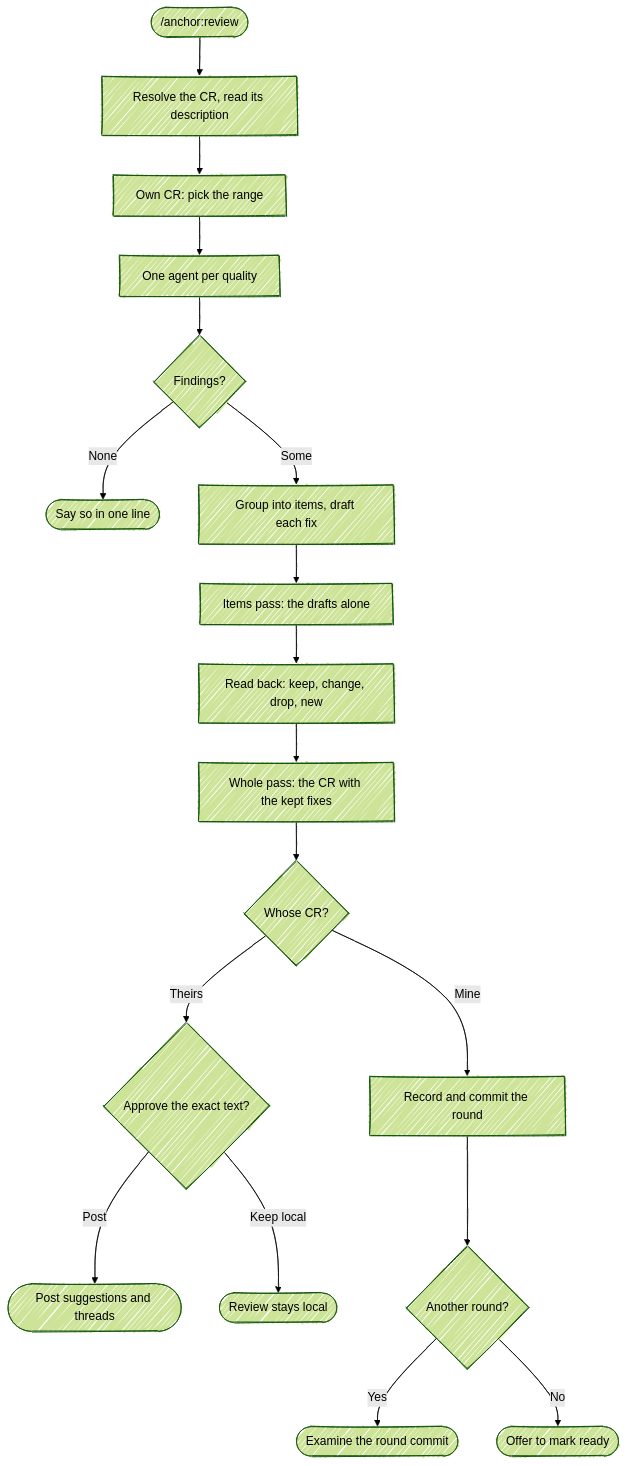
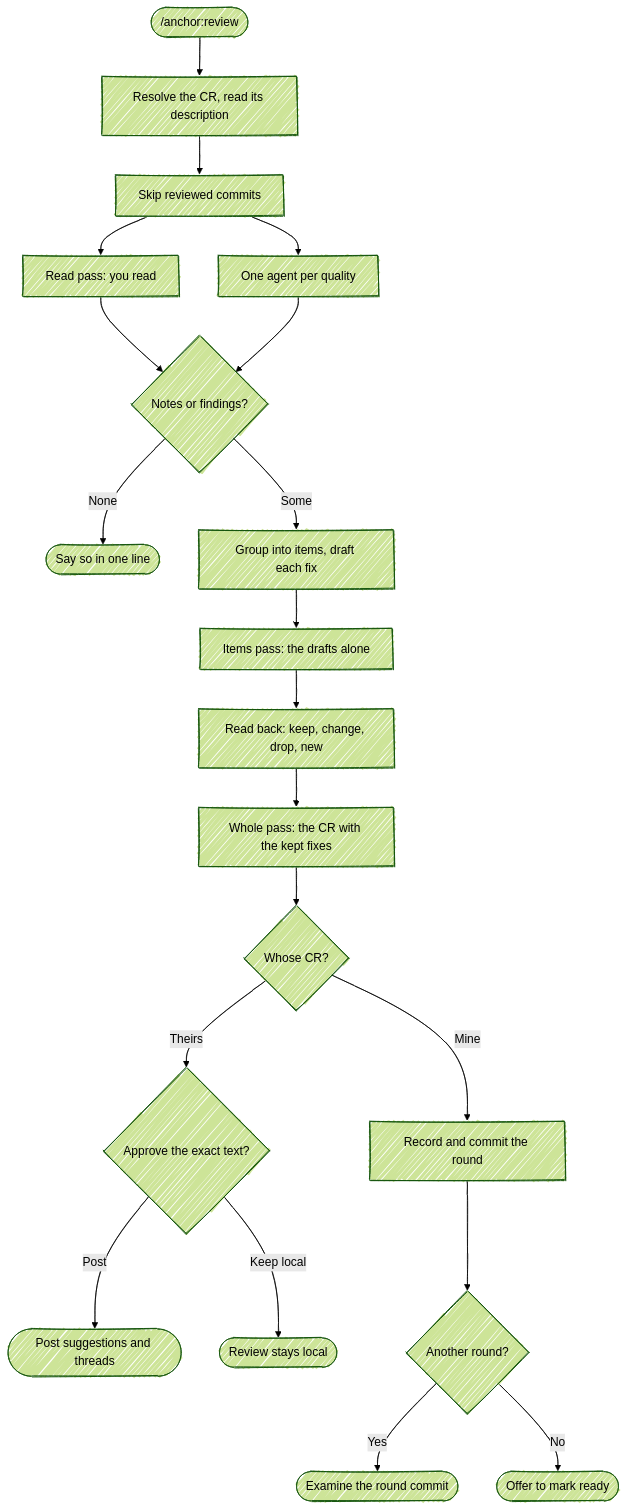
Before and after one commit to chris-peterson/anchor: the diagram in skills/review/SKILL.md, drawn with Mermaid (forest theme). The commit also changed other lines of this file and 16 other files, not shown here.

````diff
--- a/skills/review/SKILL.md
+++ b/skills/review/SKILL.md
@@ -55,21 +63,23 @@
 ```mermaid
 %%{ init: { 'look': 'handDrawn' } }%%
 flowchart TD
     Start(["/anchor:review"]) --> Fetch["Resolve the CR, read its description"]
-    Fetch --> Range["Own CR: pick the range"]
+    Fetch --> Range["Skip reviewed commits"]
+    Range --> ReadPass["Read pass: you read"]
     Range --> Examine["One agent per quality"]
-    Examine --> Any{Findings?}
+    ReadPass --> Any{Notes or findings?}
+    Examine --> Any
     Any -->|None| Empty([Say so in one line])
     Any -->|Some| Triage["Group into items, draft each fix"]
     Triage --> Items["Items pass: the drafts alone"]
     Items --> Read["Read back: keep, change, drop, new"]
     Read --> Whole["Whole pass: the CR with the kept fixes"]
     Whole --> Who{Whose CR?}
     Who -->|Theirs| Gate{Approve the exact text?}
     Gate -->|Post| Post([Post suggestions and threads])
     Gate -->|Keep local| Local([Review stays local])
     Who -->|Mine| Commit["Record and commit the round"]
     Commit --> Again{Another round?}
     Again -->|Yes| Next([Examine the round commit])
     Again -->|No| Handoff([Offer to mark ready])
 ```
````
